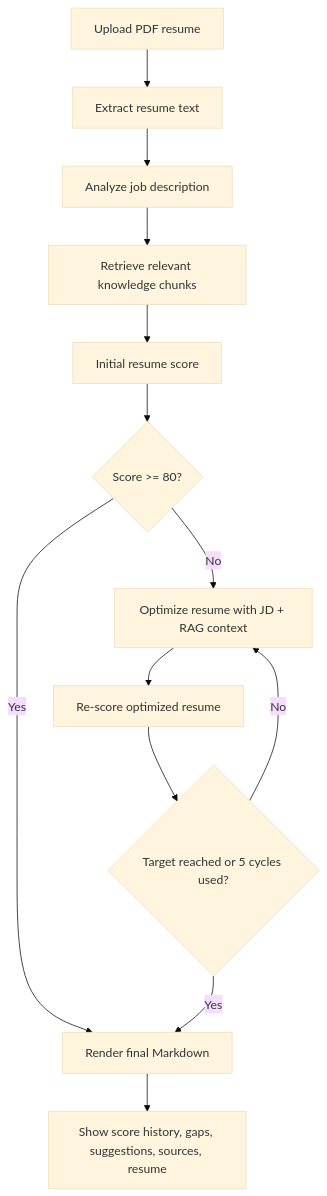
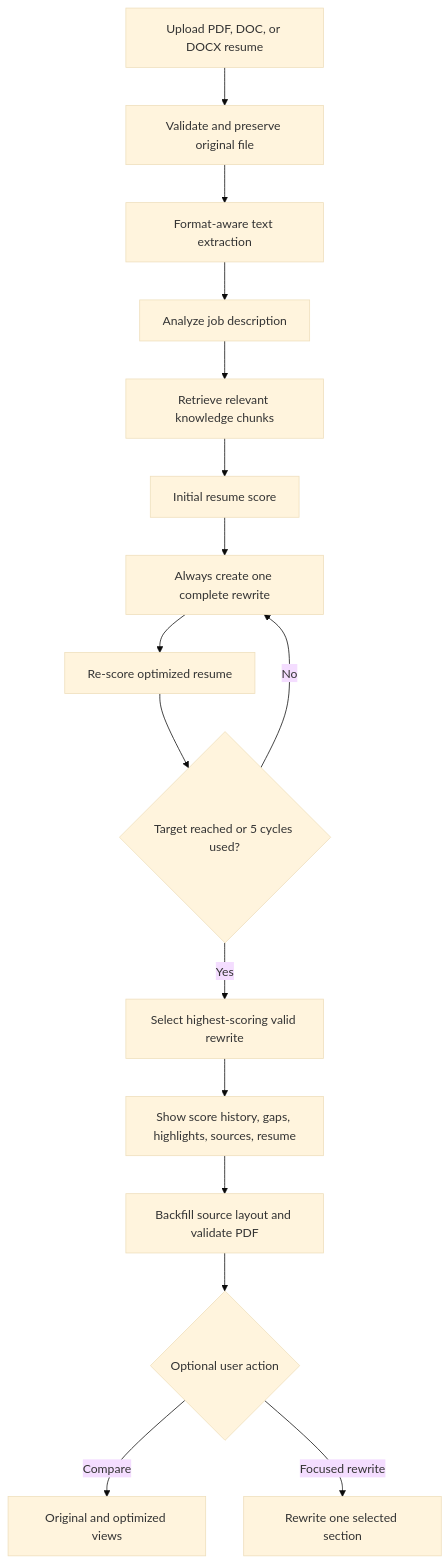
Before and after one commit to strawberrynine/resume-agent-mvp: the second of 2 diagrams in README.md, drawn with Mermaid (base theme). The commit also changed other lines of this file and 7 other files, not shown here.

````diff
--- a/README.md
+++ b/README.md
@@ -65,15 +80,18 @@
 ```mermaid
 flowchart TD
-    A[Upload PDF resume] --> B[Extract resume text]
+    A[Upload PDF, DOC, or DOCX resume] --> V[Validate and preserve original file]
+    V --> B[Format-aware text extraction]
     B --> C[Analyze job description]
     C --> D[Retrieve relevant knowledge chunks]
     D --> E[Initial resume score]
-    E --> F{Score >= 80?}
-    F -->|Yes| J[Render final Markdown]
-    F -->|No| G[Optimize resume with JD + RAG context]
+    E --> G[Always create one complete rewrite]
     G --> H[Re-score optimized resume]
     H --> I{Target reached or 5 cycles used?}
     I -->|No| G
     I -->|Yes| J
-    J --> K[Show score history, gaps, suggestions, sources, resume]
+    J[Select highest-scoring valid rewrite] --> K[Show score history, gaps, highlights, sources, resume]
+    K --> P[Backfill source layout and validate PDF]
+    P --> L{Optional user action}
+    L -->|Compare| M[Original and optimized views]
+    L -->|Focused rewrite| N[Rewrite one selected section]
 ```
````
